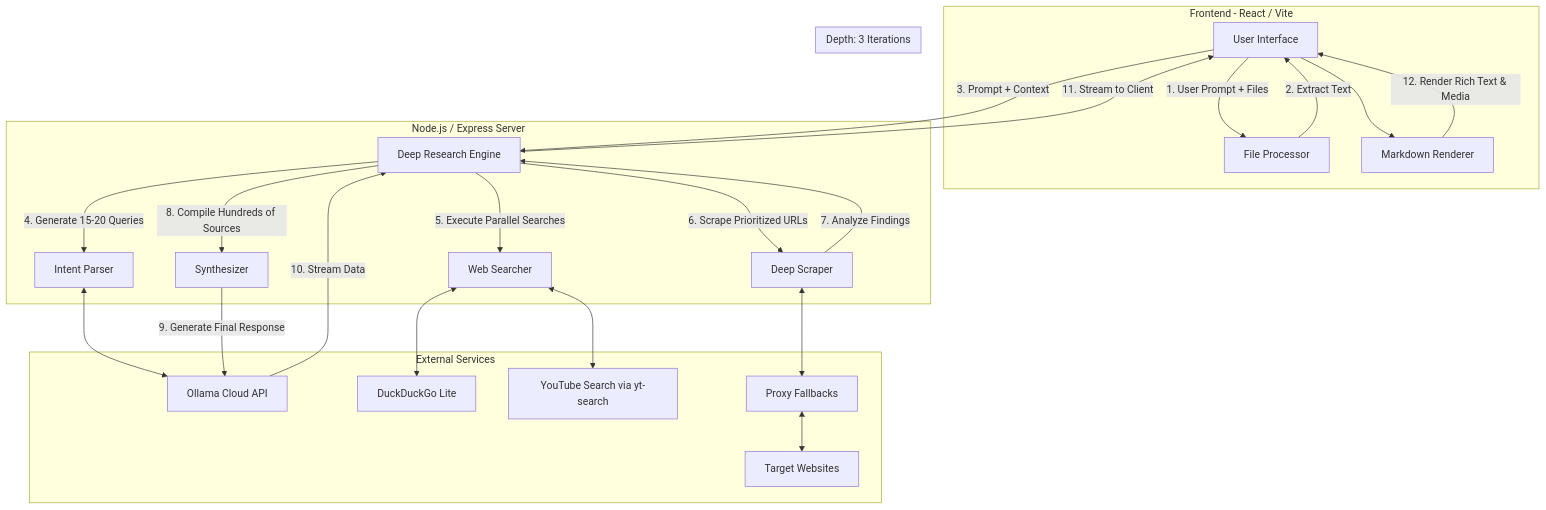
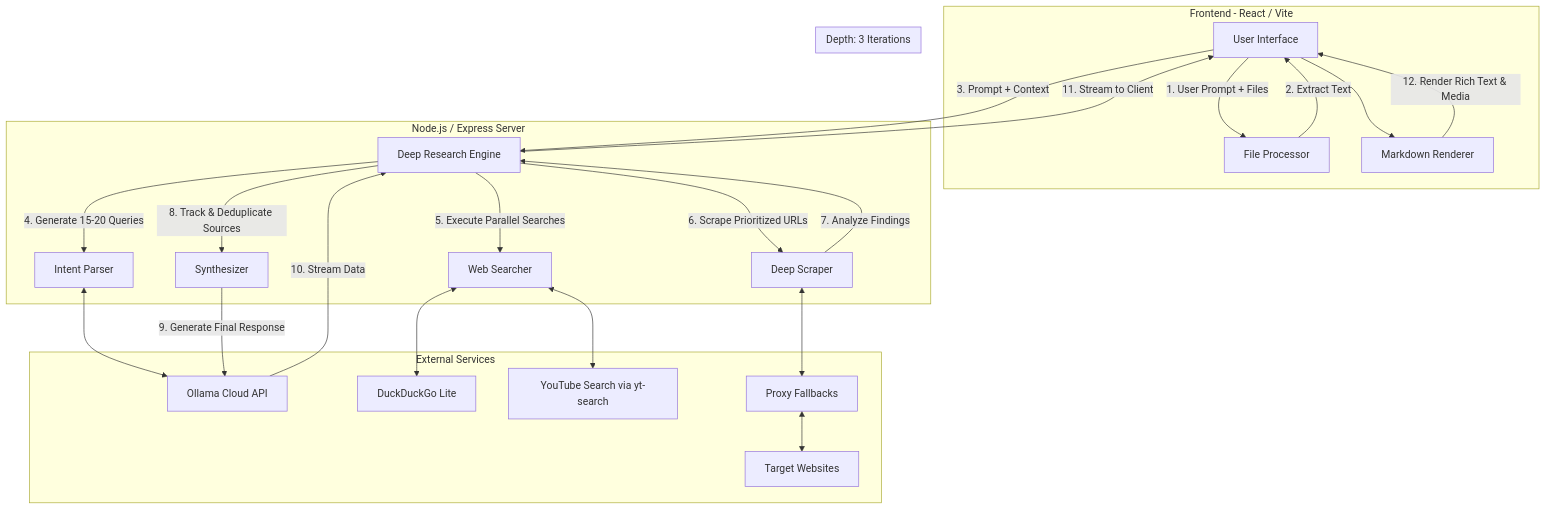
The diagram in README.md (AL-MARID/Lorph), drawn with Mermaid before and after one commit.

````diff
--- a/README.md
+++ b/README.md
@@ -20,52 +20,52 @@
 ```mermaid
 flowchart TB
     subgraph Client [Frontend - React / Vite]
         UI[User Interface]
         FP[File Processor]
         MD[Markdown Renderer]
     end
 
     subgraph Backend [Node.js / Express Server]
         DRE[Deep Research Engine]
         IP[Intent Parser]
         WS[Web Searcher]
         DS[Deep Scraper]
         SYN[Synthesizer]
     end
 
     subgraph External [External Services]
         OLLAMA[Ollama Cloud API]
         DDG[DuckDuckGo Lite]
         YT[YouTube Search via yt-search]
         WEB[Target Websites]
         PROXIES[Proxy Fallbacks]
     end
 
     UI -- "1. User Prompt + Files" --> FP
     FP -- "2. Extract Text" --> UI
     UI -- "3. Prompt + Context" --> DRE
     
     %% Iterative Research Loop
     subgraph Research Loop [Depth: 3 Iterations]
         DRE -- "4. Generate 15-20 Queries" --> IP
         IP <--> OLLAMA
         
         DRE -- "5. Execute Parallel Searches" --> WS
         WS <--> DDG
         WS <--> YT
         
         DRE -- "6. Scrape Prioritized URLs" --> DS
         DS <--> PROXIES
         PROXIES <--> WEB
         
         DS -- "7. Analyze Findings" --> DRE
     end
     
-    DRE -- "8. Compile Hundreds of Sources" --> SYN
+    DRE -- "8. Track & Deduplicate Sources" --> SYN
     SYN -- "9. Generate Final Response" --> OLLAMA
     OLLAMA -- "10. Stream Data" --> DRE
     
     DRE -- "11. Stream to Client" --> UI
     UI --> MD
     MD -- "12. Render Rich Text & Media" --> UI
 ```
````
